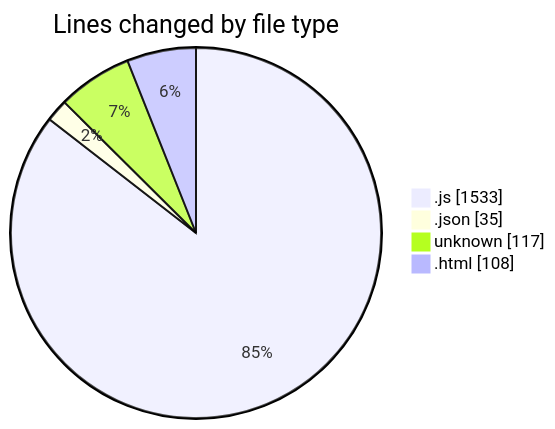
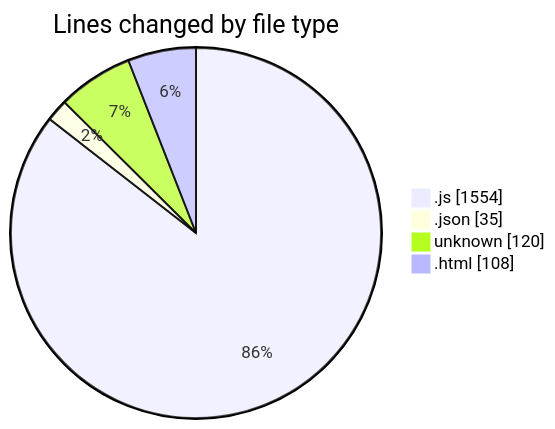
Before and after one commit to becaeroporto-bot/code-tracking: the first of 2 diagrams in 2026-02-20/bot_i_a/README.md, drawn with Mermaid. The commit also changed other lines of this file and 1 other file, not shown here.

````diff
--- a/2026-02-20/bot_i_a/README.md
+++ b/2026-02-20/bot_i_a/README.md
@@ -39,8 +39,8 @@
 ```mermaid
 pie showData
 title Lines changed by file type
-".js" : 1533
+".js" : 1554
 ".json" : 35
-"unknown" : 117
+"unknown" : 120
 ".html" : 108
 ```
````
